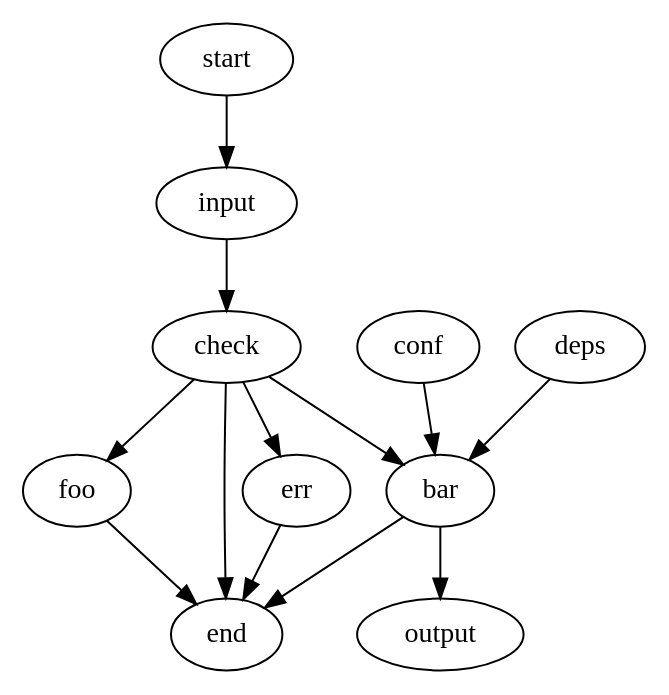
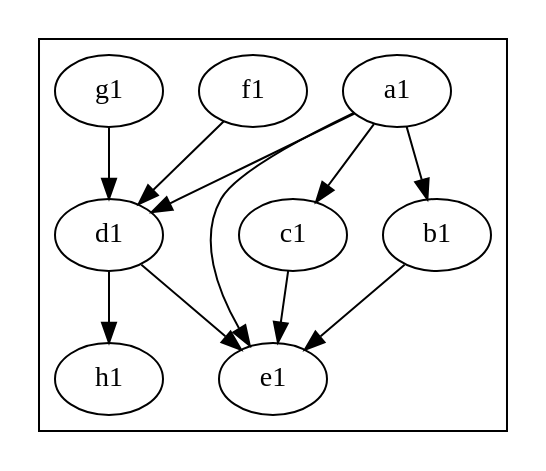
The diagram in other/graphviz.dot (lijh8/misc), drawn with Graphviz before and after one commit.

```diff
--- a/other/graphviz.dot
+++ b/other/graphviz.dot
@@ -1,30 +1,41 @@
 /**
  * https://graphviz.org/about/ ,
  * https://magjac.com/graphviz-visual-editor/ ,
  * https://dreampuf.github.io/GraphvizOnline/ ,
  * 
  * edge cannot follow attribute in same statement.
- * multiple edge statements can be on one line.
- * semi-colon is optional between edge statements.
+ * one edgeop per statement, do not chain sequential edges.
+ * group edges from same source node first.
+ * also group edges to same destination node.
  * 
  * generate image using command:
  *   $ apt install graphviz
  *   $ dot -Tpng example.dot -o example.png
  * 
  * use image in markdown example.md:
  *   ![](example.png)
  * 
  * then preview markdown in vscode.
  * 
  * similar tools: mermaid chart, yED.
  */
 // example.dot
 digraph {
-    start -> input -> check -> foo -> end;
-    check -> bar -> end;
-    check -> err -> end;
-    check -> end;
-    
-    conf -> bar -> output;
-    deps -> bar;
+    subgraph cluster_1 {
+        // do not chain sequential edges
+        // group edges from same source node first
+        a1 -> b1;
+        a1 -> e1;
+        a1 -> c1;
+        a1 -> d1;
+        
+        // also group edges to same destination node
+        b1 -> e1;
+        c1 -> e1;
+        d1 -> e1;
+        
+        d1 -> h1;
+        f1 -> d1;
+        g1 -> d1;
+    }
 }
```
